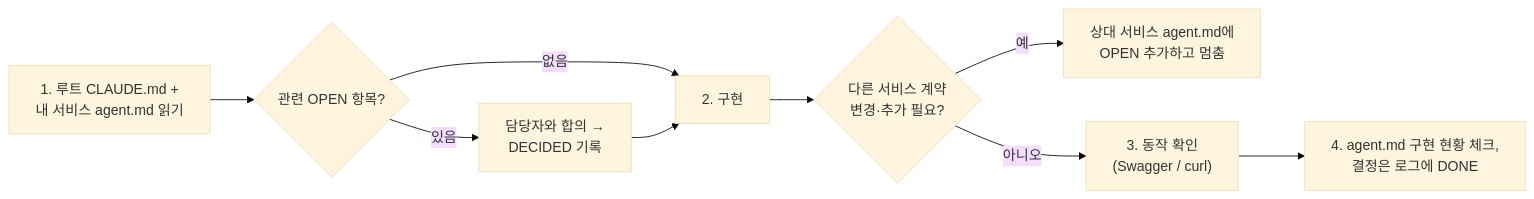
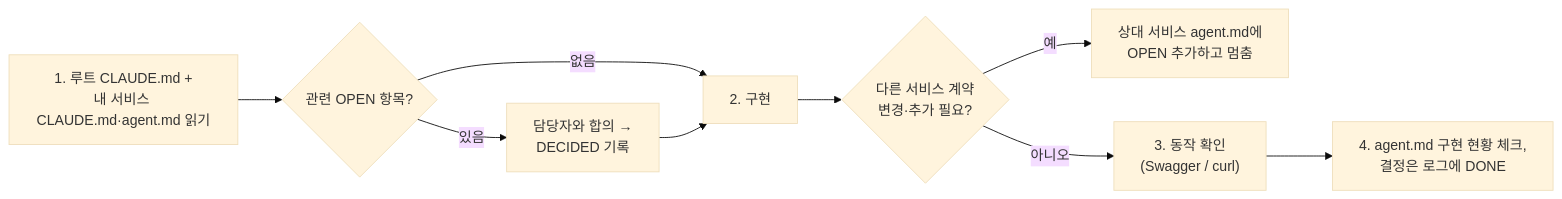
One commit to logistics-group3/logistics-management changed the diagram in Docs/06-개발-가이드.md. Above: the diagram before and after it, drawn with Mermaid (base theme). The commit also changed 15 other files, not shown here.

````diff
--- a/Docs/06-개발-가이드.md
+++ b/Docs/06-개발-가이드.md
@@ -8,11 +8,11 @@
 ```mermaid
 flowchart LR
-    a["1. 루트 CLAUDE.md +<br/>내 서비스 agent.md 읽기"] --> b{"관련 OPEN 항목?"}
+    a["1. 루트 CLAUDE.md +<br/>내 서비스 CLAUDE.md·agent.md 읽기"] --> b{"관련 OPEN 항목?"}
     b -->|"있음"| c["담당자와 합의 →<br/>DECIDED 기록"]
     b -->|"없음"| d["2. 구현"]
     c --> d
     d --> e{"다른 서비스 계약<br/>변경·추가 필요?"}
     e -->|"예"| f["상대 서비스 agent.md에<br/>OPEN 추가하고 멈춤"]
     e -->|"아니오"| g["3. 동작 확인<br/>(Swagger / curl)"]
     g --> h["4. agent.md 구현 현황 체크,<br/>결정은 로그에 DONE"]
 ```
````
